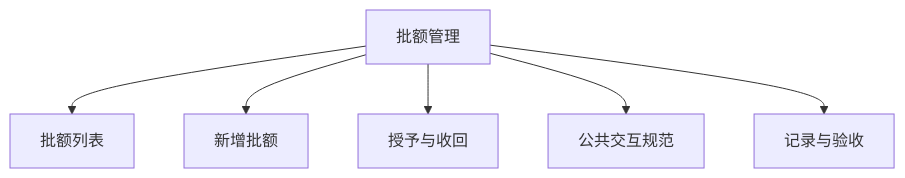
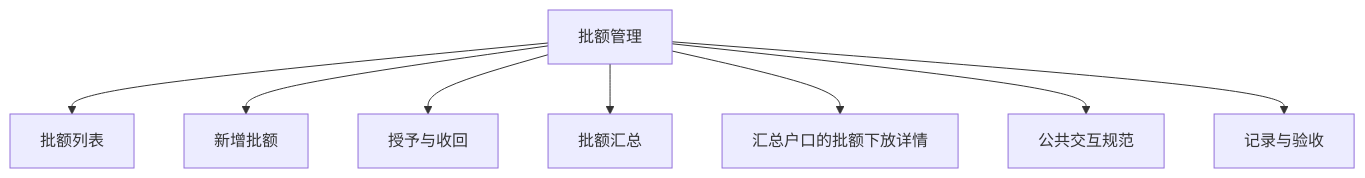
One commit to bala-luoluo/cashier-prototype changed the sixth of 6 diagrams in docs/菜单PRD_20261109/PRD_批额管理_20261109.md. Above: the diagram before and after it, drawn with Mermaid. The commit also changed other lines of this file and 9 other files, not shown here.

````diff
--- a/docs/菜单PRD_20261109/PRD_批额管理_20261109.md
+++ b/docs/菜单PRD_20261109/PRD_批额管理_20261109.md
@@ -134,9 +193,11 @@
 ```mermaid
 flowchart TD
   M[批额管理]
   M --> P1[批额列表]
   M --> P2[新增批额]
   M --> P3[授予与收回]
+  M --> P4[批额汇总]
+  M --> P5[汇总户口的批额下放详情]
   M --> U[公共交互规范]
   M --> R[记录与验收]
 ```
````
